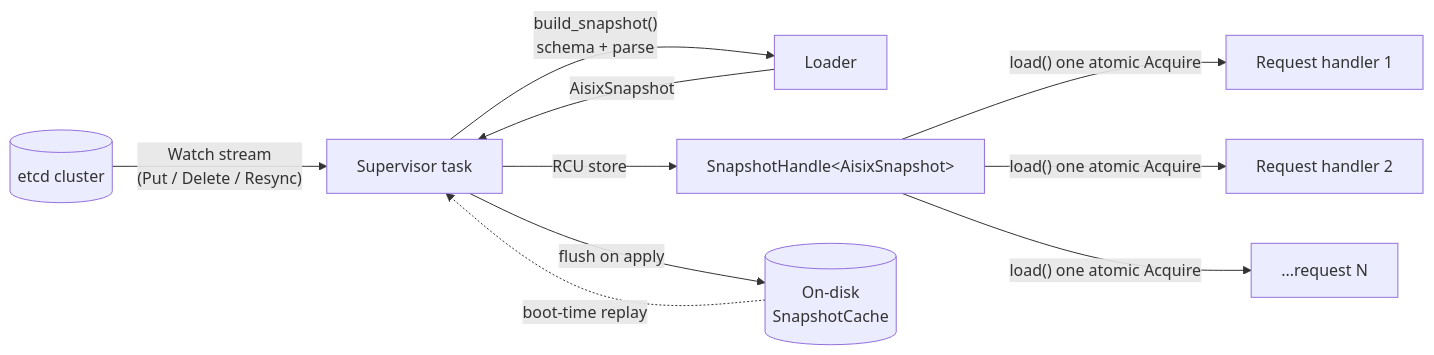
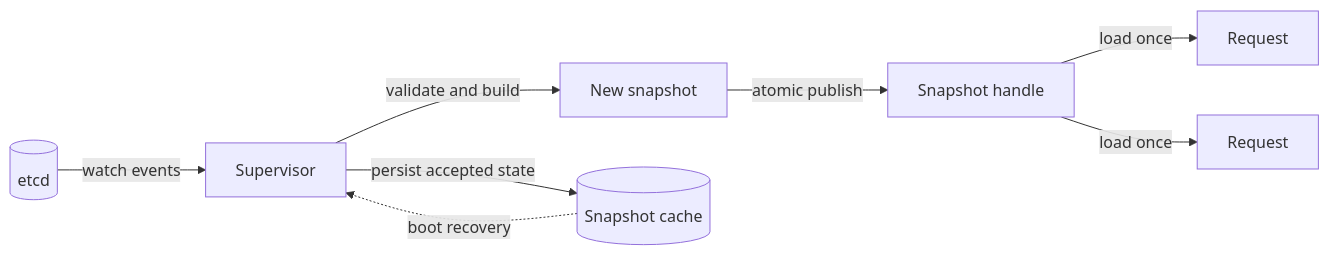
The first of 2 diagrams in docs/architecture/snapshot-and-watch.md (api7/aisix), drawn with Mermaid before and after one commit. The commit also changed other lines of this file and 78 other files, not shown here.

````diff
--- a/docs/architecture/snapshot-and-watch.md
+++ b/docs/architecture/snapshot-and-watch.md
@@ -25,12 +34,10 @@
 ```mermaid
 flowchart LR
-  etcd[(etcd cluster)] -->|"Watch stream<br/>(Put / Delete / Resync)"| sup[Supervisor task]
-  sup -->|"build_snapshot()<br/>schema + parse"| ldr[Loader]
-  ldr -->|"AisixSnapshot"| sup
-  sup -->|"RCU store"| handle[SnapshotHandle&lt;AisixSnapshot&gt;]
-  sup -->|"flush on apply"| cache[(On-disk<br/>SnapshotCache)]
-  cache -.->|"boot-time replay"| sup
-  handle -->|"load() one atomic Acquire"| req1[Request handler 1]
-  handle -->|"load() one atomic Acquire"| req2[Request handler 2]
-  handle -->|"load() one atomic Acquire"| reqN[...request N]
+  etcd[(etcd)] -->|"watch events"| sup[Supervisor]
+  sup -->|"validate and build"| snapshot[New snapshot]
+  snapshot -->|"atomic publish"| handle[Snapshot handle]
+  handle -->|"load once"| req1[Request]
+  handle -->|"load once"| req2[Request]
+  sup -->|"persist accepted state"| cache[(Snapshot cache)]
+  cache -.->|"boot recovery"| sup
 ```
````
